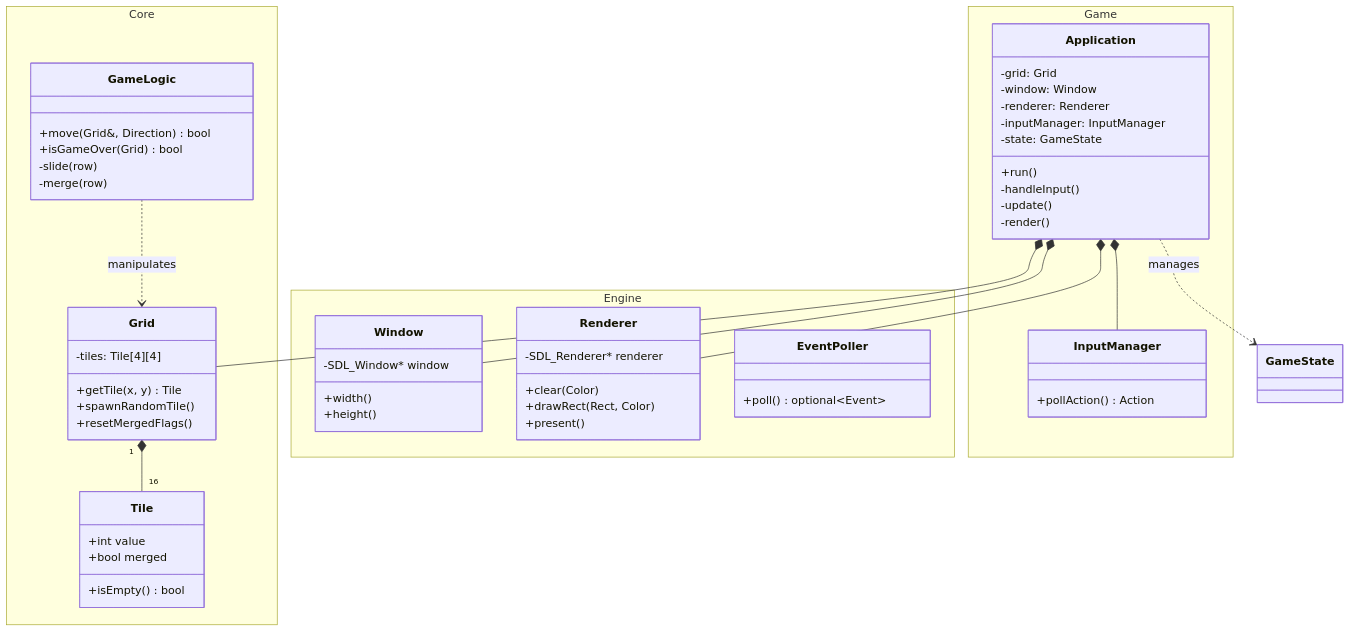
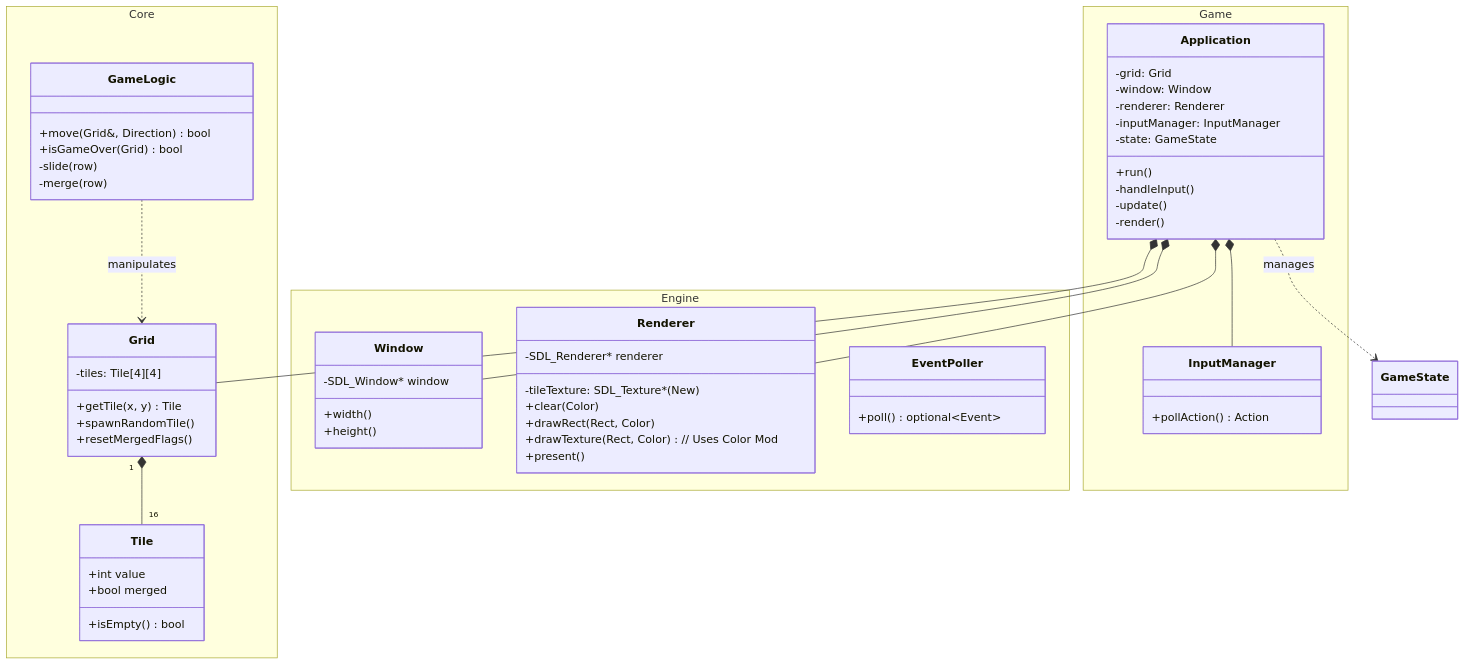
The diagram in docs/architecture.md (sergey-chukhno/TileTwister), drawn with Mermaid before and after one commit. The commit also changed other lines of this file and 11 other files, not shown here.

````diff
--- a/docs/architecture.md
+++ b/docs/architecture.md
@@ -49,64 +49,66 @@
 ```mermaid
 classDiagram
     namespace Core {
         class Tile {
             +int value
             +bool merged
             +isEmpty() bool
         }
         class Grid {
             -tiles: Tile[4][4]
             +getTile(x, y) Tile
             +spawnRandomTile()
             +resetMergedFlags()
         }
         class GameLogic {
             +move(Grid&, Direction) bool
             +isGameOver(Grid) bool
             -slide(row)
             -merge(row)
         }
     }
 
     namespace Engine {
         class Window {
             -SDL_Window* window
             +width()
             +height()
         }
         class Renderer {
             -SDL_Renderer* renderer
+            -tileTexture: SDL_Texture* (New)
             +clear(Color)
             +drawRect(Rect, Color)
+            +drawTexture(Rect, Color) // Uses Color Mod
             +present()
         }
         class EventPoller {
             +poll() optional~Event~
         }
     }
 
     namespace Game {
         class Application {
             -grid: Grid
             -window: Window
             -renderer: Renderer
             -inputManager: InputManager
             -state: GameState
             +run()
             -handleInput()
             -update()
             -render()
         }
         class InputManager {
             +pollAction() Action
         }
     }
 
     Grid "1" *-- "16" Tile
     GameLogic ..> Grid : manipulates
     Application *-- Grid
     Application *-- Window
     Application *-- Renderer
     Application *-- InputManager
     Application ..> GameState : manages
 ```
````
